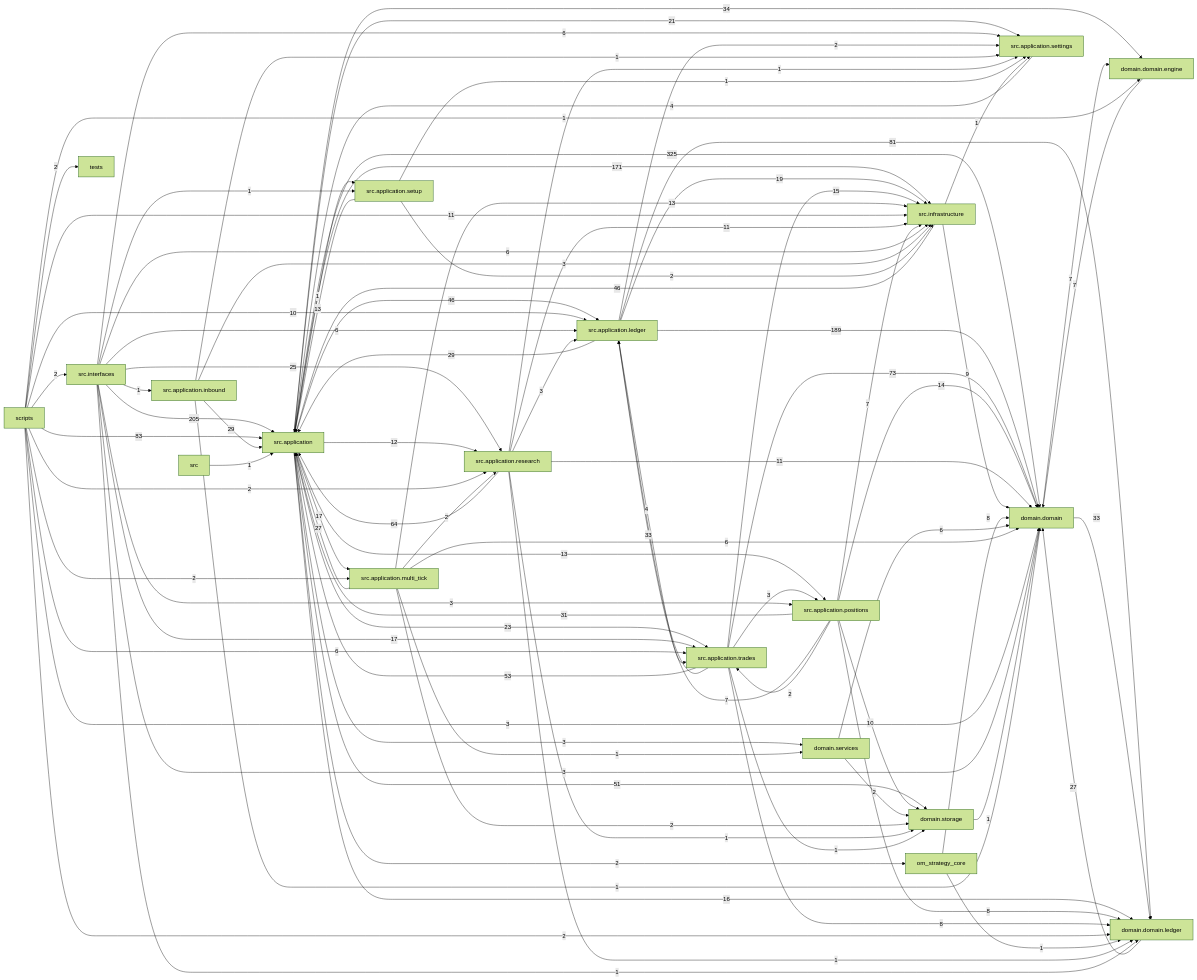
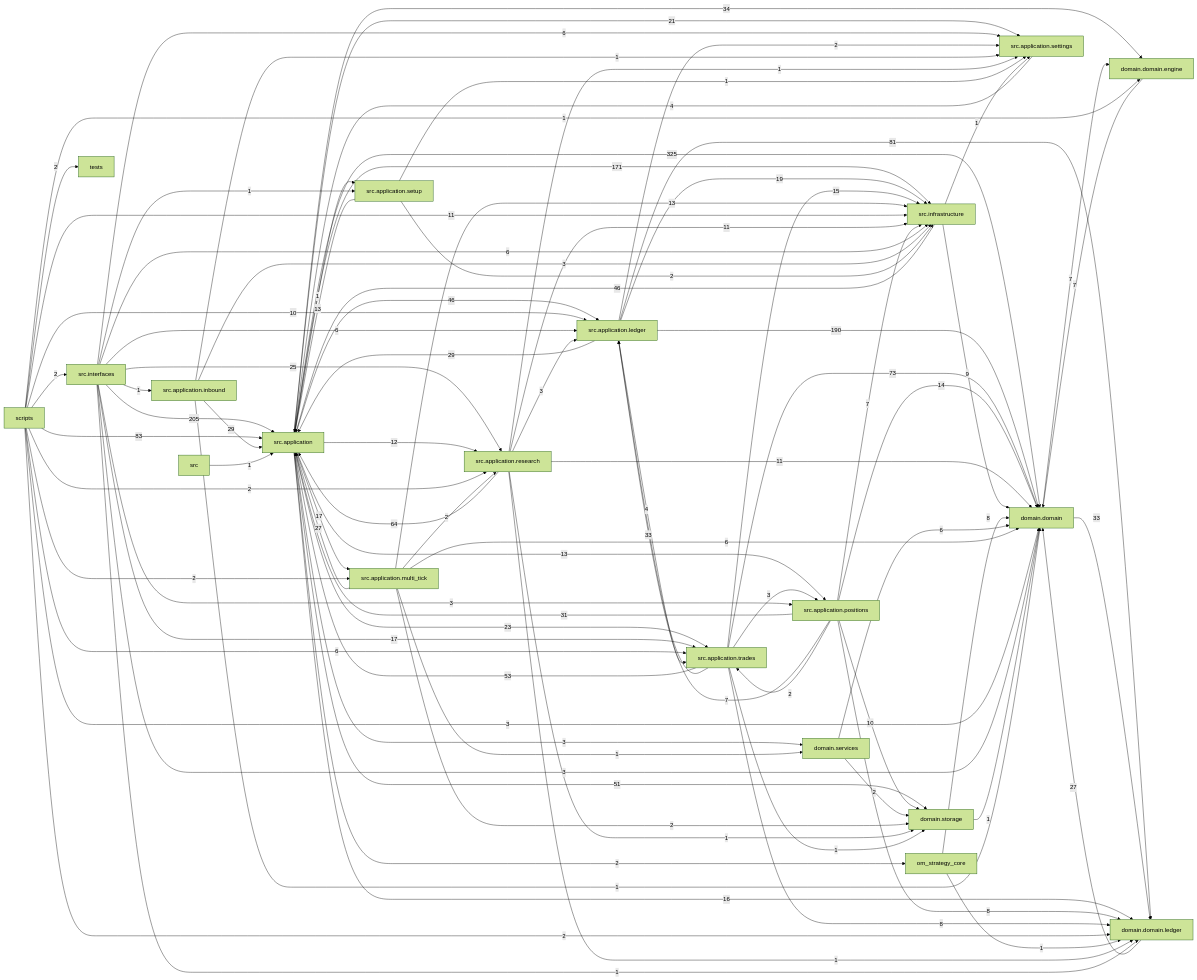
The diagram in docs/dependency_graph.mmd (liuxie066/options-monitor), drawn with Mermaid (forest theme) before and after one commit. The commit also changed 13 other files, not shown here.

```diff
--- a/docs/dependency_graph.mmd
+++ b/docs/dependency_graph.mmd
@@ -1,91 +1,91 @@
 flowchart LR
   src_application["src.application"] -->|325| domain_domain["domain.domain"]
   src_interfaces["src.interfaces"] -->|205| src_application["src.application"]
-  src_application_ledger["src.application.ledger"] -->|189| domain_domain["domain.domain"]
+  src_application_ledger["src.application.ledger"] -->|190| domain_domain["domain.domain"]
   src_application["src.application"] -->|171| src_infrastructure["src.infrastructure"]
   scripts["scripts"] -->|83| src_application["src.application"]
   src_application_ledger["src.application.ledger"] -->|81| domain_domain_ledger["domain.domain.ledger"]
   src_application_trades["src.application.trades"] -->|73| domain_domain["domain.domain"]
   src_application_research["src.application.research"] -->|64| src_application["src.application"]
   src_application_trades["src.application.trades"] -->|53| src_application["src.application"]
   src_application["src.application"] -->|51| domain_storage["domain.storage"]
   src_application["src.application"] -->|46| src_application_ledger["src.application.ledger"]
   src_infrastructure["src.infrastructure"] -->|46| src_application["src.application"]
   src_application["src.application"] -->|34| domain_domain_engine["domain.domain.engine"]
   domain_domain["domain.domain"] -->|33| domain_domain_ledger["domain.domain.ledger"]
   src_application_trades["src.application.trades"] -->|33| src_application_ledger["src.application.ledger"]
   src_application_positions["src.application.positions"] -->|31| src_application["src.application"]
   src_application_inbound["src.application.inbound"] -->|29| src_application["src.application"]
   src_application_ledger["src.application.ledger"] -->|29| src_application["src.application"]
   domain_domain_ledger["domain.domain.ledger"] -->|27| domain_domain["domain.domain"]
   src_application_multi_tick["src.application.multi_tick"] -->|27| src_application["src.application"]
   src_interfaces["src.interfaces"] -->|25| src_application_research["src.application.research"]
   src_application["src.application"] -->|23| src_application_trades["src.application.trades"]
   src_application["src.application"] -->|21| src_application_settings["src.application.settings"]
   src_application_ledger["src.application.ledger"] -->|19| src_infrastructure["src.infrastructure"]
   src_application["src.application"] -->|17| src_application_multi_tick["src.application.multi_tick"]
   src_interfaces["src.interfaces"] -->|17| src_application_trades["src.application.trades"]
   src_application["src.application"] -->|16| domain_domain_ledger["domain.domain.ledger"]
   src_application_trades["src.application.trades"] -->|15| src_infrastructure["src.infrastructure"]
   src_application_positions["src.application.positions"] -->|14| domain_domain["domain.domain"]
   src_application["src.application"] -->|13| src_application_positions["src.application.positions"]
   src_application_multi_tick["src.application.multi_tick"] -->|13| src_infrastructure["src.infrastructure"]
   src_application_setup["src.application.setup"] -->|13| src_application["src.application"]
   src_application["src.application"] -->|12| src_application_research["src.application.research"]
   scripts["scripts"] -->|11| src_infrastructure["src.infrastructure"]
   src_application_research["src.application.research"] -->|11| domain_domain["domain.domain"]
   src_application_research["src.application.research"] -->|11| src_infrastructure["src.infrastructure"]
   scripts["scripts"] -->|10| src_application_ledger["src.application.ledger"]
   src_application_positions["src.application.positions"] -->|10| domain_storage["domain.storage"]
   src_infrastructure["src.infrastructure"] -->|9| domain_domain["domain.domain"]
   om_strategy_core["om_strategy_core"] -->|8| domain_domain["domain.domain"]
   src_application_positions["src.application.positions"] -->|8| domain_domain_ledger["domain.domain.ledger"]
   src_application_trades["src.application.trades"] -->|8| domain_domain_ledger["domain.domain.ledger"]
   domain_domain["domain.domain"] -->|7| domain_domain_engine["domain.domain.engine"]
   domain_domain_engine["domain.domain.engine"] -->|7| domain_domain["domain.domain"]
   src_application_positions["src.application.positions"] -->|7| src_application_ledger["src.application.ledger"]
   src_application_positions["src.application.positions"] -->|7| src_infrastructure["src.infrastructure"]
   domain_services["domain.services"] -->|6| domain_domain["domain.domain"]
   scripts["scripts"] -->|6| src_application_trades["src.application.trades"]
   src_application_multi_tick["src.application.multi_tick"] -->|6| domain_domain["domain.domain"]
   src_interfaces["src.interfaces"] -->|6| src_application_ledger["src.application.ledger"]
   src_interfaces["src.interfaces"] -->|6| src_application_settings["src.application.settings"]
   src_interfaces["src.interfaces"] -->|6| src_infrastructure["src.infrastructure"]
   src_application_ledger["src.application.ledger"] -->|4| src_application_trades["src.application.trades"]
   src_application_settings["src.application.settings"] -->|4| src_application["src.application"]
   scripts["scripts"] -->|3| domain_domain["domain.domain"]
   src_application["src.application"] -->|3| domain_services["domain.services"]
   src_application_inbound["src.application.inbound"] -->|3| src_infrastructure["src.infrastructure"]
   src_application_research["src.application.research"] -->|3| src_application_ledger["src.application.ledger"]
   src_application_trades["src.application.trades"] -->|3| src_application_positions["src.application.positions"]
   src_interfaces["src.interfaces"] -->|3| domain_domain["domain.domain"]
   src_interfaces["src.interfaces"] -->|3| src_application_positions["src.application.positions"]
   domain_services["domain.services"] -->|2| domain_storage["domain.storage"]
   scripts["scripts"] -->|2| domain_domain_ledger["domain.domain.ledger"]
   scripts["scripts"] -->|2| src_application_multi_tick["src.application.multi_tick"]
   scripts["scripts"] -->|2| src_application_research["src.application.research"]
   scripts["scripts"] -->|2| src_interfaces["src.interfaces"]
   scripts["scripts"] -->|2| tests["tests"]
   src_application["src.application"] -->|2| om_strategy_core["om_strategy_core"]
   src_application_ledger["src.application.ledger"] -->|2| src_application_settings["src.application.settings"]
   src_application_multi_tick["src.application.multi_tick"] -->|2| domain_storage["domain.storage"]
   src_application_multi_tick["src.application.multi_tick"] -->|2| src_application_research["src.application.research"]
   src_application_positions["src.application.positions"] -->|2| src_application_trades["src.application.trades"]
   src_application_setup["src.application.setup"] -->|2| src_infrastructure["src.infrastructure"]
   domain_storage["domain.storage"] -->|1| domain_domain["domain.domain"]
   om_strategy_core["om_strategy_core"] -->|1| domain_domain_ledger["domain.domain.ledger"]
   scripts["scripts"] -->|1| domain_domain_engine["domain.domain.engine"]
   src["src"] -->|1| src_application["src.application"]
   src_application["src.application"] -->|1| src_application_setup["src.application.setup"]
   src_application_inbound["src.application.inbound"] -->|1| domain_domain["domain.domain"]
   src_application_inbound["src.application.inbound"] -->|1| src_application_settings["src.application.settings"]
   src_application_multi_tick["src.application.multi_tick"] -->|1| domain_services["domain.services"]
   src_application_research["src.application.research"] -->|1| domain_domain_ledger["domain.domain.ledger"]
   src_application_research["src.application.research"] -->|1| domain_storage["domain.storage"]
   src_application_research["src.application.research"] -->|1| src_application_settings["src.application.settings"]
   src_application_setup["src.application.setup"] -->|1| src_application_settings["src.application.settings"]
   src_application_trades["src.application.trades"] -->|1| domain_storage["domain.storage"]
   src_infrastructure["src.infrastructure"] -->|1| src_application_settings["src.application.settings"]
   src_interfaces["src.interfaces"] -->|1| domain_domain_ledger["domain.domain.ledger"]
   src_interfaces["src.interfaces"] -->|1| src_application_inbound["src.application.inbound"]
   src_interfaces["src.interfaces"] -->|1| src_application_setup["src.application.setup"]
```
